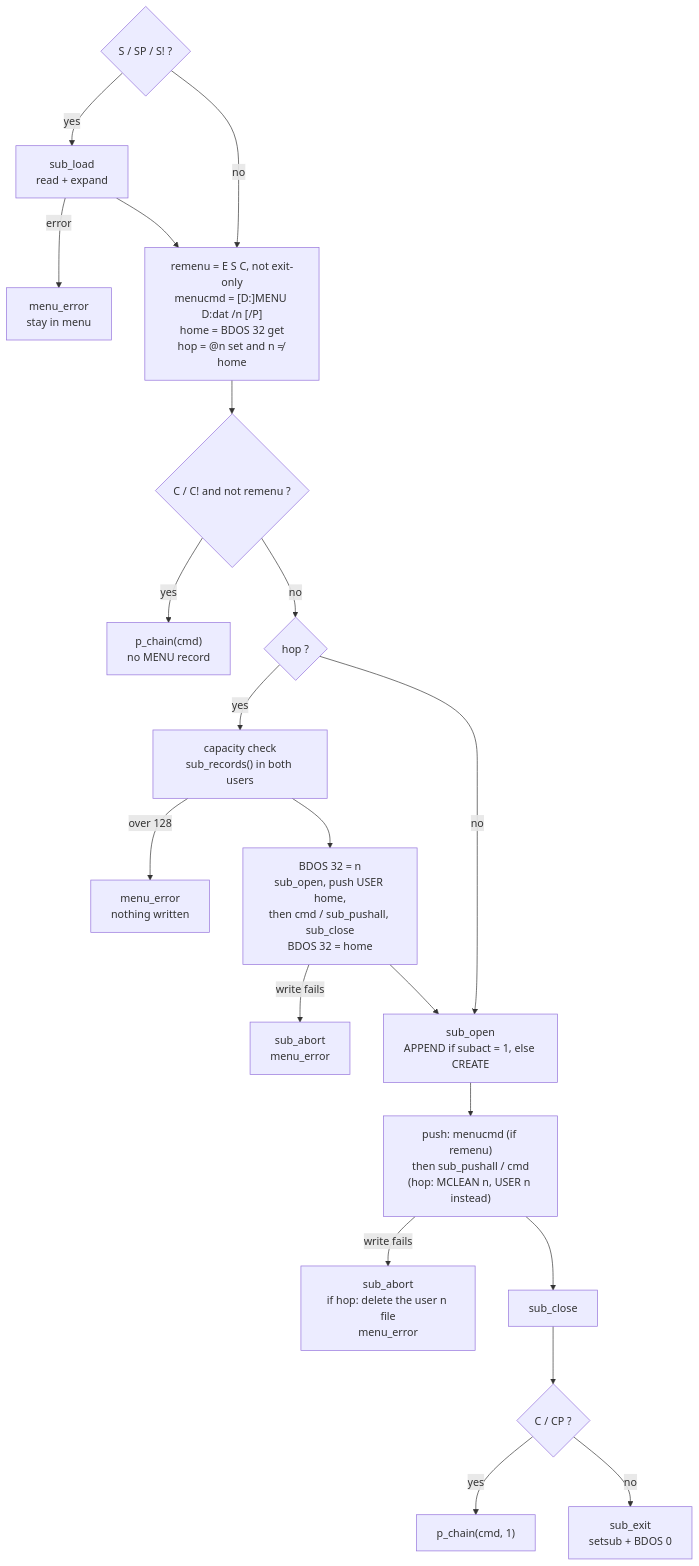
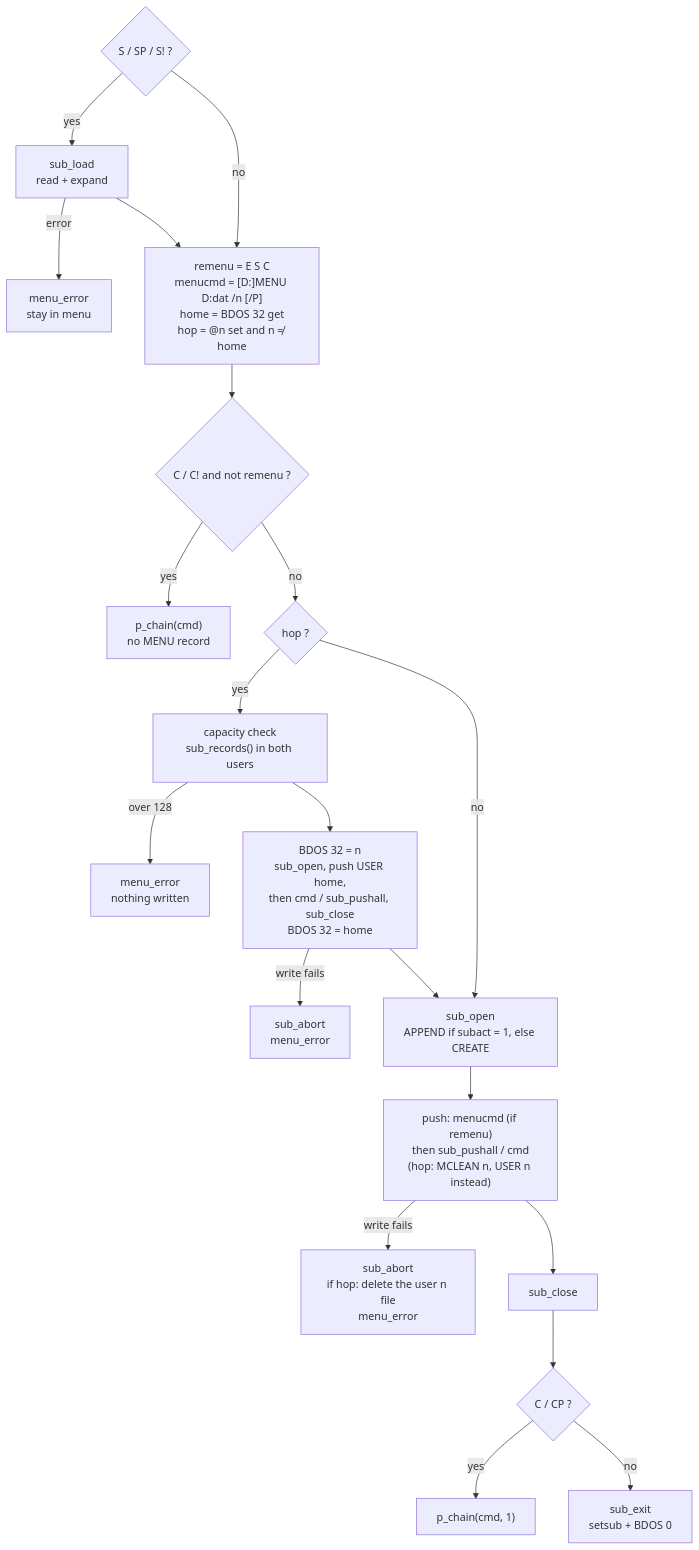
Before and after one commit to tsupplis/cpm86-menu: the fourth of 5 diagrams in implementation.md, drawn with Mermaid. The commit also changed 4 other files, not shown here.

````diff
--- a/implementation.md
+++ b/implementation.md
@@ -97,22 +97,22 @@
 ```mermaid
 flowchart TD
     S0{"S / SP / S! ?"} -- yes --> RS["sub_load<br/>read + expand"]
     RS -- error --> ER["menu_error<br/>stay in menu"]
     RS --> M1
-    S0 -- no --> M1["remenu = E S C, not exit-only<br/>menucmd = [D:]MENU D:dat /n [/P]<br/>home = BDOS 32 get<br/>hop = @n set and n ≠ home"]
+    S0 -- no --> M1["remenu = E S C<br/>menucmd = [D:]MENU D:dat /n [/P]<br/>home = BDOS 32 get<br/>hop = @n set and n ≠ home"]
     M1 --> C0{"C / C! and not remenu ?"}
     C0 -- yes --> CH["p_chain(cmd)<br/>no MENU record"]
     C0 -- no --> H0{"hop ?"}
     H0 -- yes --> CK["capacity check<br/>sub_records() in both users"]
     CK -- "over 128" --> ER2["menu_error<br/>nothing written"]
     CK --> AL["BDOS 32 = n<br/>sub_open, push USER home,<br/>then cmd / sub_pushall, sub_close<br/>BDOS 32 = home"]
     AL -- "write fails" --> AB2["sub_abort<br/>menu_error"]
     AL --> OP
     H0 -- no --> OP["sub_open<br/>APPEND if subact = 1, else CREATE"]
     OP --> PU["push: menucmd (if remenu)<br/>then sub_pushall / cmd<br/>(hop: MCLEAN n, USER n instead)"]
     PU -- "write fails" --> AB["sub_abort<br/>if hop: delete the user n file<br/>menu_error"]
     PU --> CL["sub_close"]
     CL --> W{"C / CP ?"}
     W -- yes --> PC["p_chain(cmd, 1)"]
     W -- no --> SE["sub_exit<br/>setsub + BDOS 0"]
 ```
````
